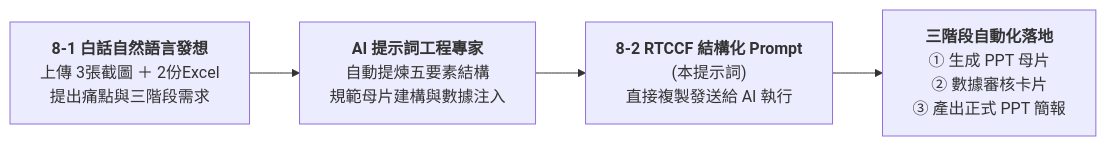
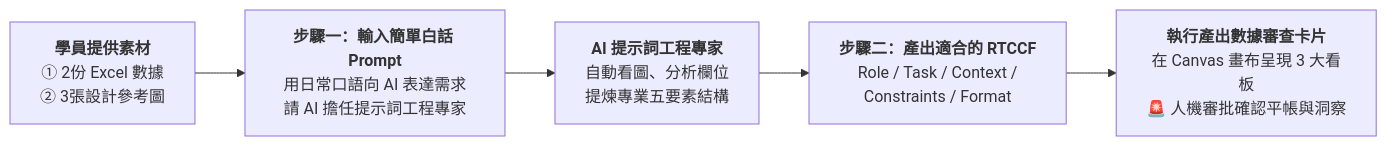
One commit to roberthsu2003/workflow-productivity changed the diagram in 常見的AI應用/實戰範例/訂房月報統計與 PPT 自動化/8-2_AI產出之RTCCF營運指標與商業洞察提示詞.md. Above: the diagram before and after it, drawn with Mermaid. The commit also changed other lines of this file, not shown here.

````diff
--- a/常見的AI應用/實戰範例/訂房月報統計與 PPT 自動化/8-2_AI產出之RTCCF營運指標與商業洞察提示詞.md
+++ b/常見的AI應用/實戰範例/訂房月報統計與 PPT 自動化/8-2_AI產出之RTCCF營運指標與商業洞察提示詞.md
@@ -14,6 +14,7 @@
 ```mermaid
 flowchart LR
-    Step1["<b>8-1 白話自然語言發想</b><br/>上傳 3張截圖 ＋ 2份Excel<br/>提出痛點與三階段需求"] --> StepAIGen["<b>AI 提示詞工程專家</b><br/>自動提煉五要素結構<br/>規範母片建構與數據注入"]
-    StepAIGen --> Step2["<b>8-2 RTCCF 結構化 Prompt</b><br/>(本提示詞)<br/>直接複製發送給 AI 執行"]
-    Step2 --> Step3["<b>三階段自動化落地</b><br/>① 生成 PPT 母片<br/>② 數據審核卡片<br/>③ 產出正式 PPT 簡報"]
+    A["<b>學員提供素材</b><br/>① 2份 Excel 數據<br/>② 3張設計參考圖"] --> B["<b>步驟一：輸入簡單白話 Prompt</b><br/>用日常口語向 AI 表達需求<br/>請 AI 擔任提示詞工程專家"]
+    B --> C["<b>AI 提示詞工程專家</b><br/>自動看圖、分析欄位<br/>提煉專業五要素結構"]
+    C --> D["<b>步驟二：產出適合的 RTCCF</b><br/>Role / Task / Context /<br/>Constraints / Format"]
+    D --> E["<b>執行產出數據審查卡片</b><br/>在 Canvas 畫布呈現 3 大看板<br/>🚨 人機審批確認平帳與洞察"]
 ```
````
